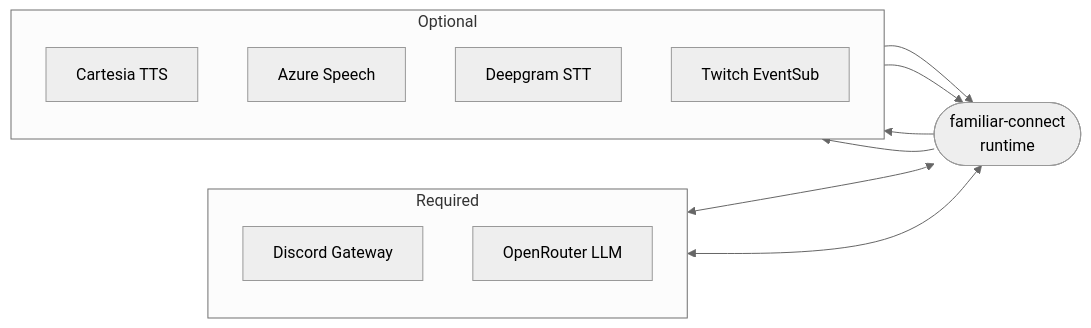
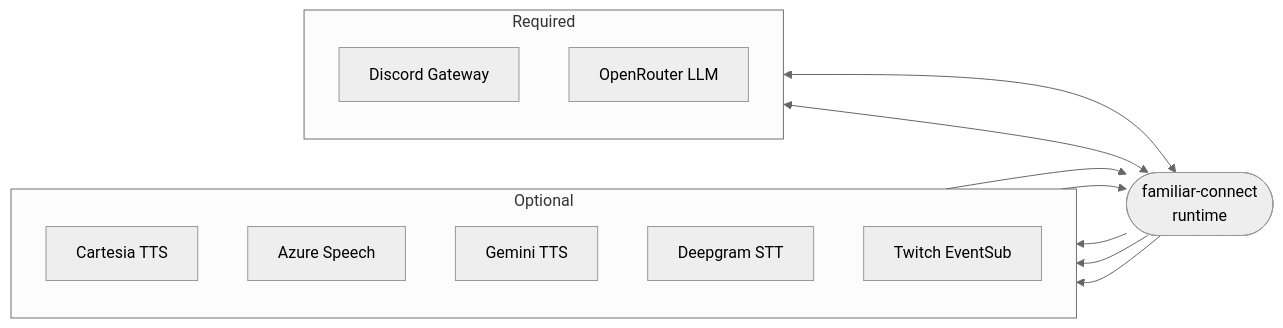
One commit to CorVous/Familiar-Connect changed the second of 2 diagrams in docs/architecture/overview.md. Above: the diagram before and after it, drawn with Mermaid (neutral theme). The commit also changed other lines of this file and 10 other files, not shown here.

First line of the commit message:
feat(tts): add Gemini 3.1 Flash TTS provider

````diff
--- a/docs/architecture/overview.md
+++ b/docs/architecture/overview.md
@@ -62,25 +62,27 @@
 ```mermaid
 flowchart LR
     subgraph required [Required]
         direction TB
         discord[Discord Gateway]
         openrouter[OpenRouter LLM]
     end
 
     bot([familiar-connect<br/>runtime])
 
     subgraph optional [Optional]
         direction TB
         cartesia[Cartesia TTS]
         azure[Azure Speech]
+        gemini[Gemini TTS]
         deepgram[Deepgram STT]
         twitch[Twitch EventSub]
     end
 
     discord <--> bot
     openrouter <--> bot
     bot --> cartesia
     bot --> azure
+    bot --> gemini
     deepgram --> bot
     twitch --> bot
 ```
````
